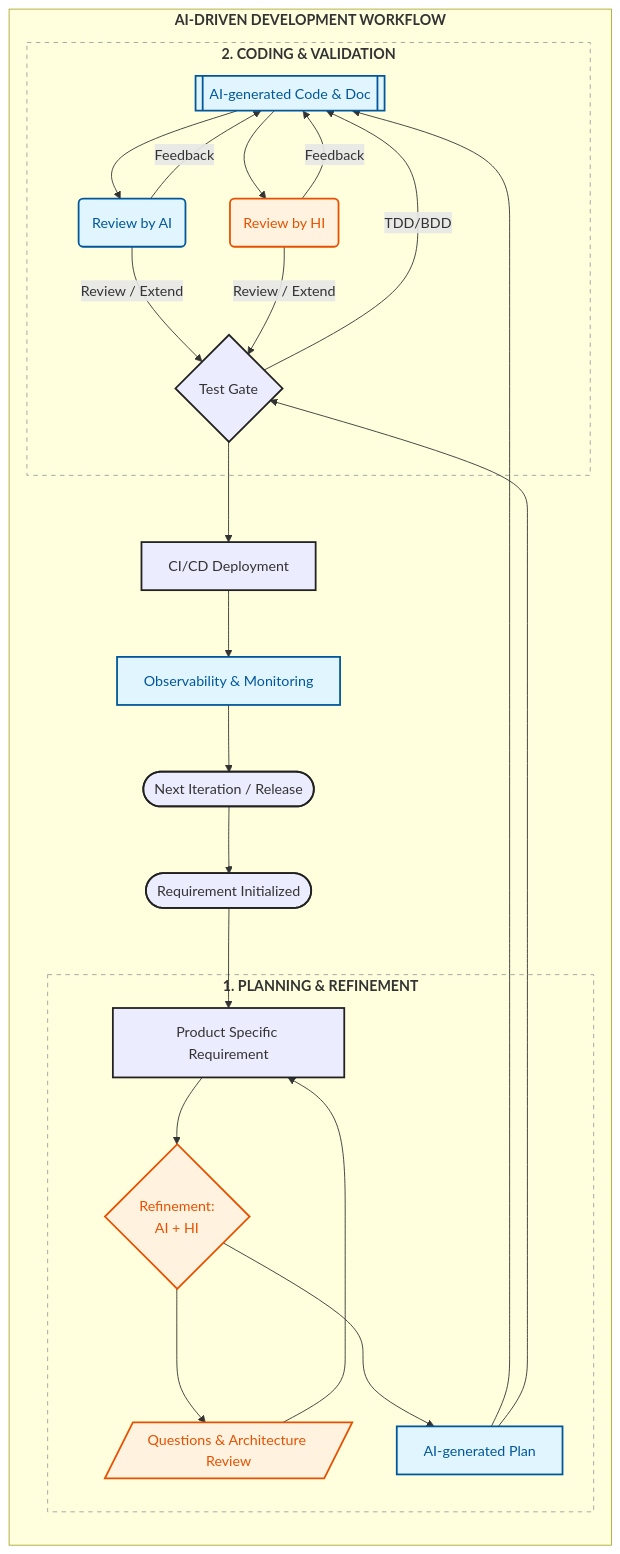
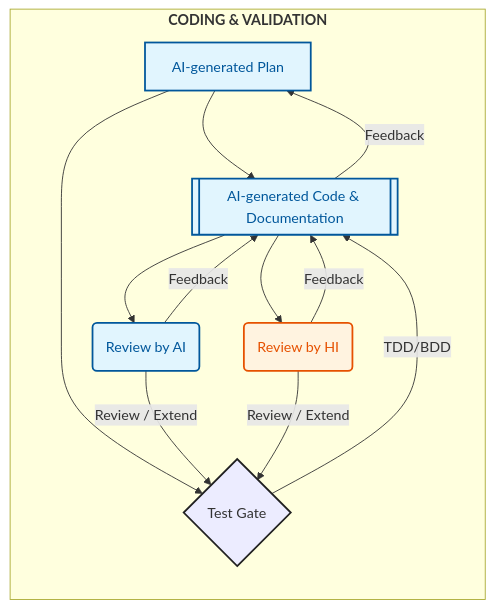
Before and after one commit to abishekanthony07/software-engineering-corner: the third of 4 diagrams in src/articles/ai-driven-development/index.md, drawn with Mermaid. The commit also changed other lines of this file and 2 other files, not shown here.

````diff
--- a/src/articles/ai-driven-development/index.md
+++ b/src/articles/ai-driven-development/index.md
@@ -65,46 +245,24 @@
 ```mermaid
-flowchart TD
-%% Global Styles
-    classDef ai fill:#e1f5fe,stroke:#01579b,stroke-width:2px,color:#01579b;
-    classDef hi fill:#fff3e0,stroke:#e65100,stroke-width:2px,color:#e65100;
-    classDef process fill:#cf5f5,stroke:#212121,stroke-width:2px;
-    classDef boundary fill:none,stroke:#9e9e9e,stroke-dasharray: 5 5;
-
-    subgraph AI-Driven-Development ["<b>AI-DRIVEN DEVELOPMENT WORKFLOW</b>"]
-        direction TB
-
-        BusinessREQ([Requirement Initialized]):::process --> REQ
-
-        subgraph Planning_Refinement ["<b>1. PLANNING & REFINEMENT</b>"]
-            REQ[Product Specific Requirement]:::process --> AI_REF
-            AI_REF{Refinement:<br/>AI + HI}:::hi --> QA
-            QA[/Questions & Architecture Review/]:::hi ----> REQ
-            AI_REF ---> PLAN[AI-generated Plan]:::ai
-        end
-
-        subgraph Coding_Phase ["<b>2. CODING & VALIDATION</b>"]
-            PLAN --> AI_CODE[[AI-generated Code & Doc]]:::ai
+    flowchart LR
+        %% Global Styles
+        classDef ai fill:#e1f5fe,stroke:#01579b,stroke-width:2px,color:#01579b;
+        classDef hi fill:#fff3e0,stroke:#e65100,stroke-width:2px,color:#e65100;
+        classDef process fill:#cf5f5,stroke:#212121,stroke-width:2px;
+        classDef boundary fill:none,stroke:#9e9e9e,stroke-dasharray: 5 5;
+        
+        subgraph Coding_Phase ["<b>CODING & VALIDATION</b>"]
+            direction TB
+    
+            PLAN["AI-generated Plan"]:::ai --> AI_CODE[[AI-generated Code & Documentation]]:::ai
+            AI_CODE -- Feedback --> PLAN
             PLAN --> Test{Test Gate}:::process
-
         %% Feedback Loops
             Test -- TDD/BDD ---> AI_CODE
-
             AI_CODE --> AI_REVIEW(Review by AI):::ai
             AI_CODE --> HI_REVIEW(Review by HI):::hi
-
             AI_REVIEW -- Feedback --> AI_CODE
             HI_REVIEW -- Feedback --> AI_CODE
-
             AI_REVIEW -- Review / Extend --> Test
             HI_REVIEW -- Review / Extend--> Test
         end
-
-        Test --> Deployment[CI/CD Deployment]:::process
-        Deployment --> Monitoring[Observability & Monitoring]:::ai
-        Monitoring --> Release([Next Iteration / Release]):::process
-        Release --> BusinessREQ
-    end
-
-%% Legend / Meta Data
-    class Planning_Refinement,Coding_Phase boundary;
 ```
````
